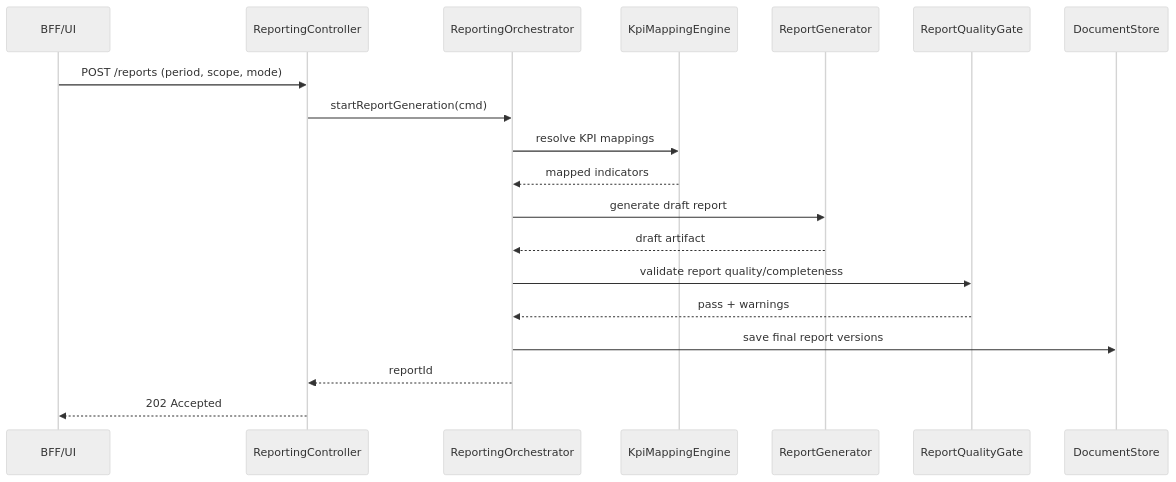
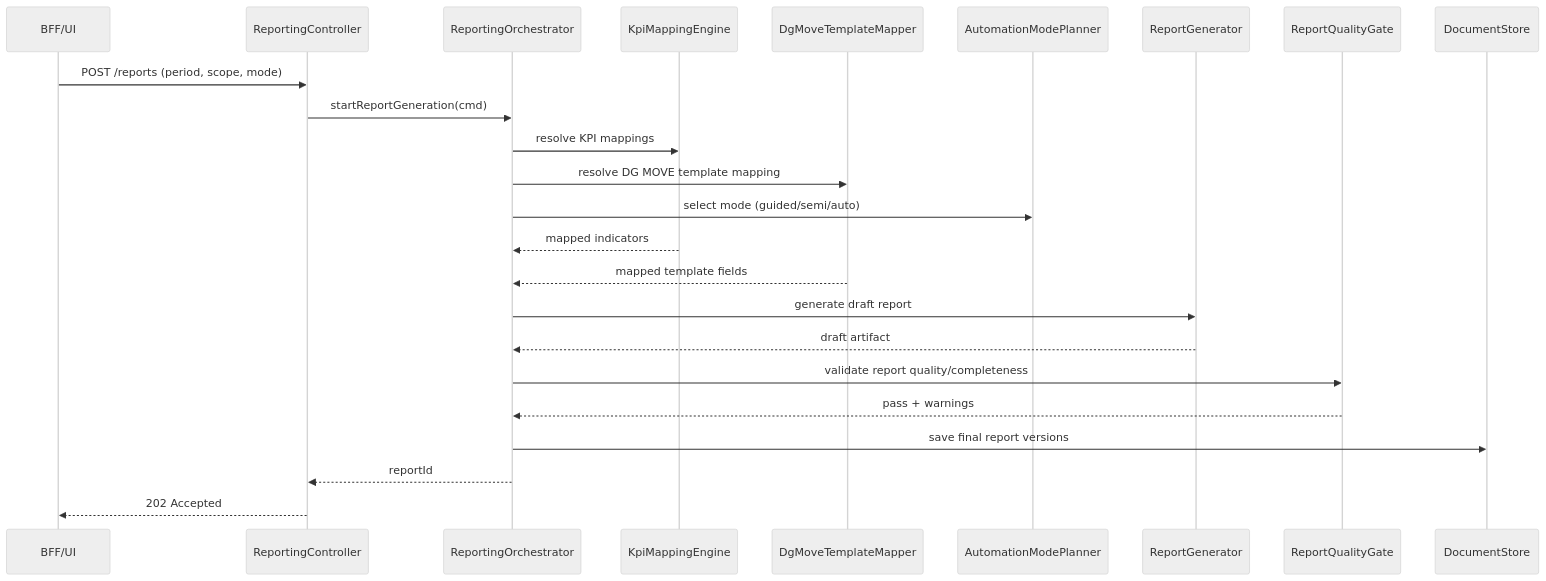
One commit to UM-KGPI/Napcore-ITS-Reporting changed the second of 2 diagrams in Napcore-ITS-Reporting/docs/architecture/c4-level4-reporting.md. Above: the diagram before and after it, drawn with Mermaid (neutral theme). The commit also changed other lines of this file and 11 other files, not shown here.

Commit message:
Refine architecture diagrams against contract requirements

````diff
--- a/Napcore-ITS-Reporting/docs/architecture/c4-level4-reporting.md
+++ b/Napcore-ITS-Reporting/docs/architecture/c4-level4-reporting.md
@@ -56,22 +63,27 @@
 ```mermaid
 sequenceDiagram
     participant UI as BFF/UI
     participant API as ReportingController
     participant ORCH as ReportingOrchestrator
     participant MAP as KpiMappingEngine
+    participant DGMAP as DgMoveTemplateMapper
+    participant AUTO as AutomationModePlanner
     participant GEN as ReportGenerator
     participant QA as ReportQualityGate
     participant DOCS as DocumentStore
 
     UI->>API: POST /reports (period, scope, mode)
     API->>ORCH: startReportGeneration(cmd)
     ORCH->>MAP: resolve KPI mappings
+    ORCH->>DGMAP: resolve DG MOVE template mapping
+    ORCH->>AUTO: select mode (guided/semi/auto)
     MAP-->>ORCH: mapped indicators
+    DGMAP-->>ORCH: mapped template fields
     ORCH->>GEN: generate draft report
     GEN-->>ORCH: draft artifact
     ORCH->>QA: validate report quality/completeness
     QA-->>ORCH: pass + warnings
     ORCH->>DOCS: save final report versions
     ORCH-->>API: reportId
     API-->>UI: 202 Accepted
 ```
````
